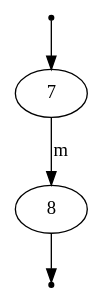
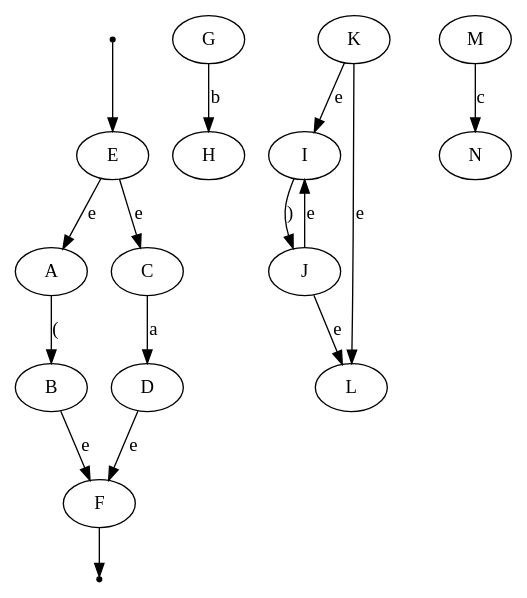
Before and after one commit to belcadilina-lab/automate: the diagram in automate_utilisateur.dot, drawn with Graphviz. The commit also changed 5 other files, not shown here.

```diff
--- a/automate_utilisateur.dot
+++ b/automate_utilisateur.dot
@@ -1,7 +1,19 @@
 digraph G {
 init [shape=point];
 fin [shape=point];
-init -> 7;
-7 -> 8 [label="m"];
-8 -> fin;
+init -> E;
+A -> B [label="("];
+C -> D [label="a"];
+E -> A [label="e"];
+E -> C [label="e"];
+B -> F [label="e"];
+D -> F [label="e"];
+G -> H [label="b"];
+I -> J [label=")"];
+K -> I [label="e"];
+J -> L [label="e"];
+K -> L [label="e"];
+J -> I [label="e"];
+M -> N [label="c"];
+F -> fin;
 }
```
